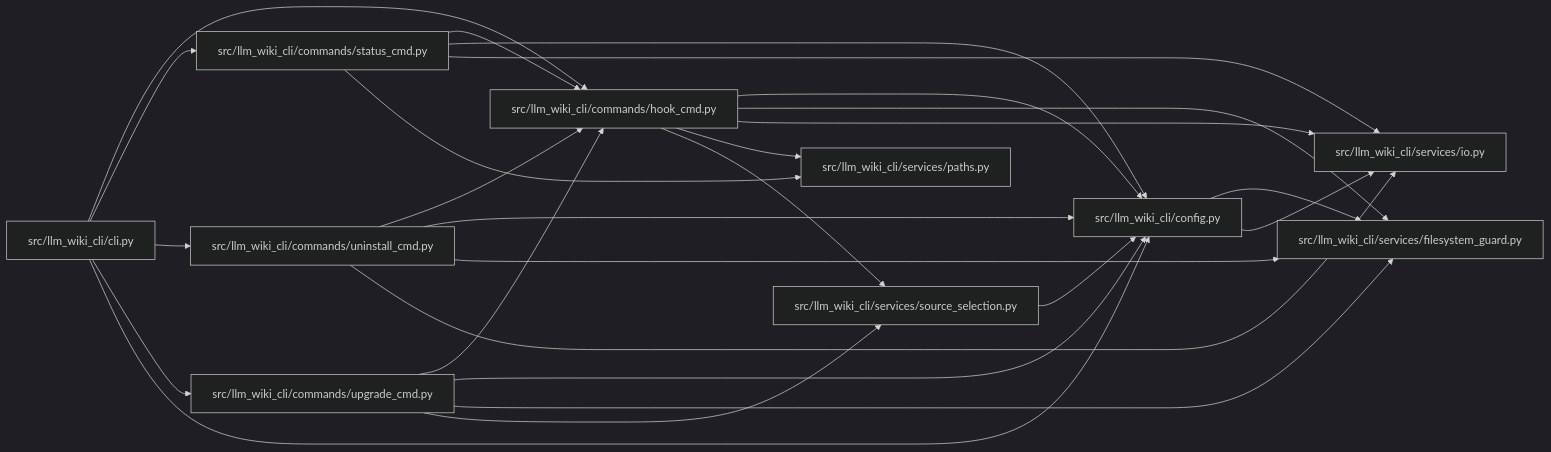
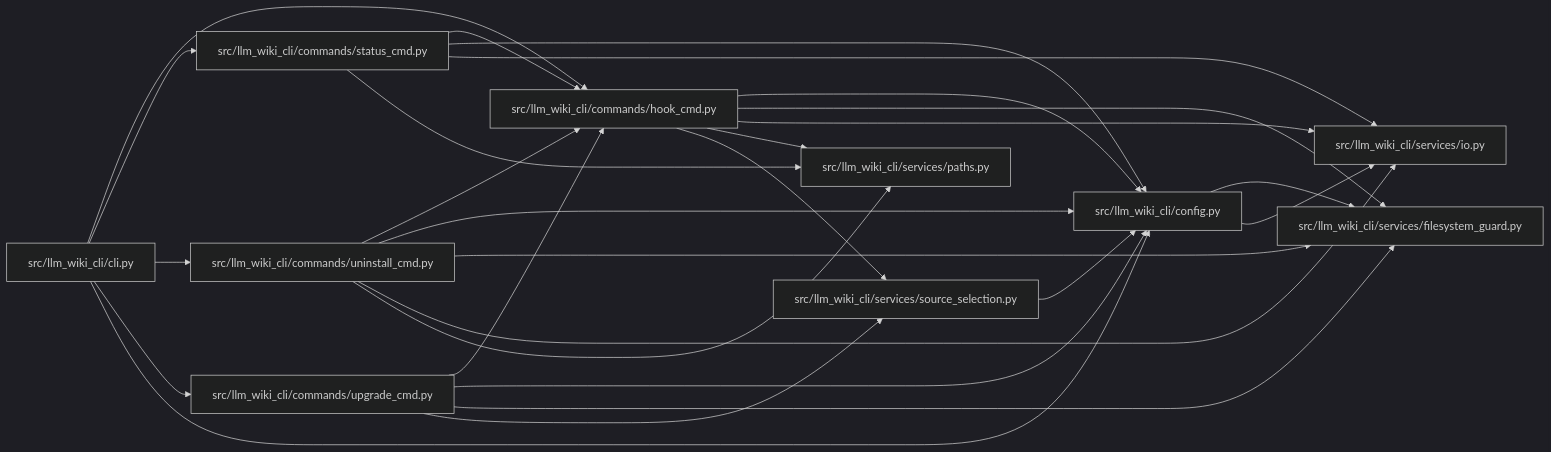
Before and after one commit to Denissvgn/python-wiki-llm: the diagram in docs/llm_wiki/modules/hook_cmd.md, drawn with Mermaid (dark theme). The commit also changed 27 other files, not shown here.

````diff
--- a/docs/llm_wiki/modules/hook_cmd.md
+++ b/docs/llm_wiki/modules/hook_cmd.md
@@ -27,48 +27,49 @@
 ```mermaid
 flowchart LR
     n0["src/llm_wiki_cli/cli.py"]
     n1["src/llm_wiki_cli/commands/hook_cmd.py"]
     n2["src/llm_wiki_cli/commands/status_cmd.py"]
     n3["src/llm_wiki_cli/commands/uninstall_cmd.py"]
     n4["src/llm_wiki_cli/commands/upgrade_cmd.py"]
     n5["src/llm_wiki_cli/config.py"]
     n6["src/llm_wiki_cli/services/filesystem_guard.py"]
     n7["src/llm_wiki_cli/services/io.py"]
     n8["src/llm_wiki_cli/services/paths.py"]
     n9["src/llm_wiki_cli/services/source_selection.py"]
     n0 --> n1
     n0 --> n2
     n0 --> n3
     n0 --> n4
     n0 --> n5
     n1 --> n5
     n1 --> n6
     n1 --> n7
     n1 --> n8
     n1 --> n9
     n2 --> n1
     n2 --> n5
     n2 --> n7
     n2 --> n8
     n3 --> n1
     n3 --> n5
     n3 --> n6
     n3 --> n7
+    n3 --> n8
     n4 --> n1
     n4 --> n5
     n4 --> n6
     n4 --> n9
     n5 --> n6
     n5 --> n7
     n9 --> n5
     click n0 "../modules/cli.md"
     click n1 "../modules/hook_cmd.md"
     click n2 "../modules/status_cmd.md"
     click n3 "../modules/uninstall_cmd.md"
     click n4 "../modules/upgrade_cmd.md"
     click n5 "../modules/config.md"
     click n6 "../modules/filesystem_guard.md"
     click n7 "../modules/io.md"
     click n8 "../modules/paths.md"
     click n9 "../modules/source_selection.md"
 ```
````
